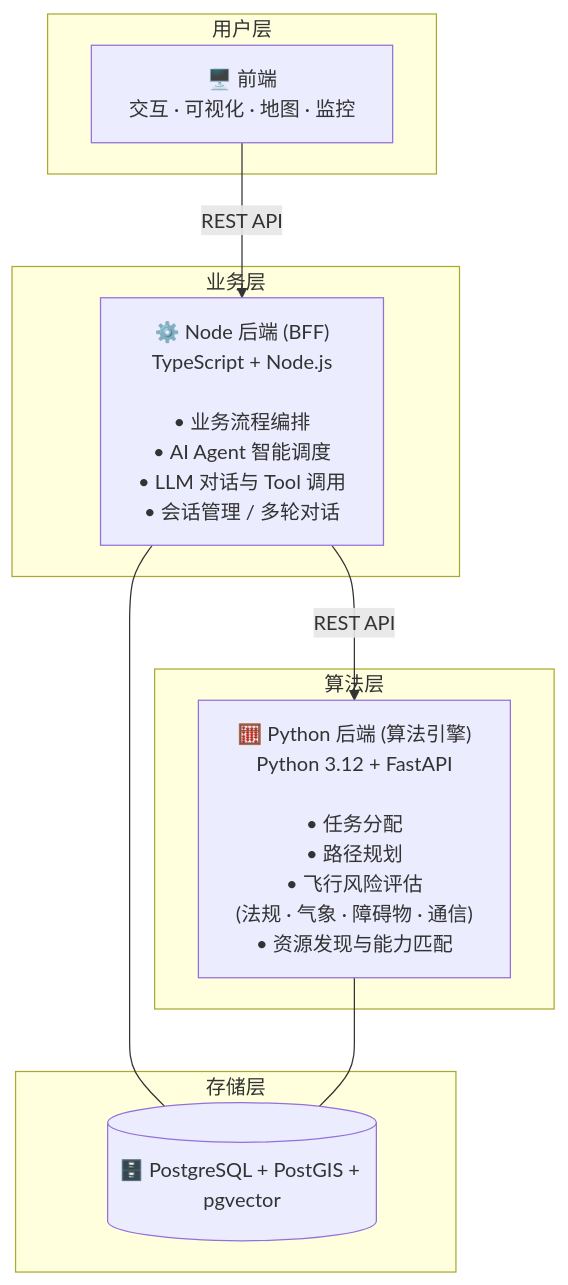
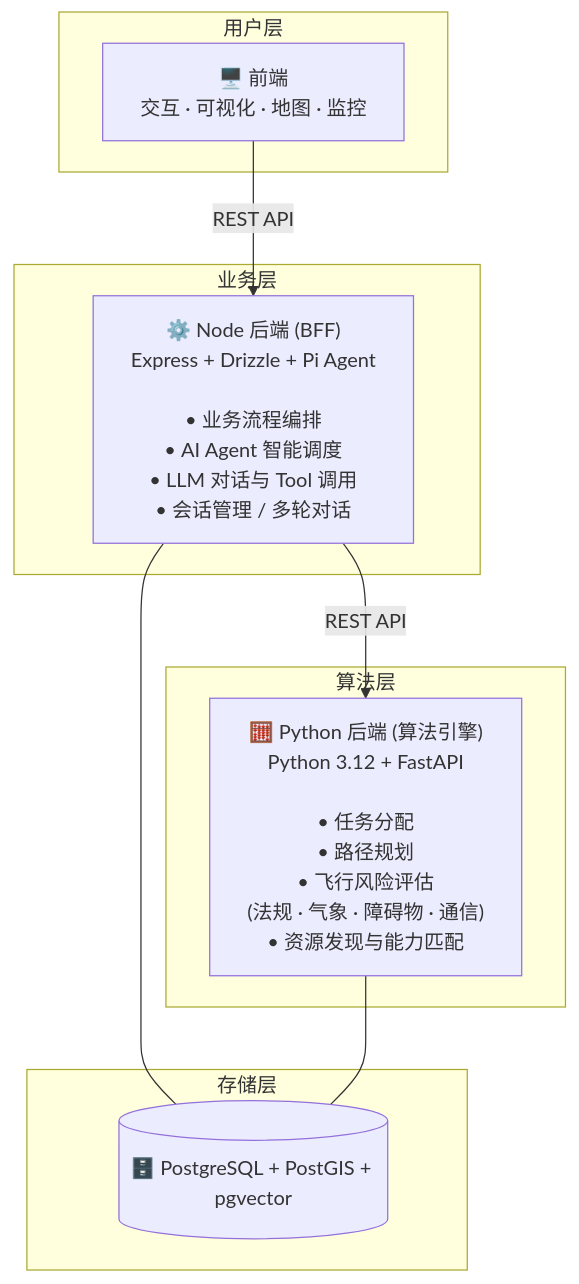
Before and after one commit to 909347194/ST-Risk-For-UAV: the first of 2 diagrams in README.md, drawn with Mermaid. The commit also changed other lines of this file and 3 other files, not shown here.

````diff
--- a/README.md
+++ b/README.md
@@ -24,23 +24,23 @@
 ```mermaid
 graph TB
     subgraph 用户层
         FE["🖥️ 前端<br/>交互 · 可视化 · 地图 · 监控"]
     end
 
     subgraph 业务层
-        NODE["⚙️ Node 后端 (BFF)<br/>TypeScript + Node.js<br/><br/>• 业务流程编排<br/>• AI Agent 智能调度<br/>• LLM 对话与 Tool 调用<br/>• 会话管理 / 多轮对话"]
+        NODE["⚙️ Node 后端 (BFF)<br/>Express + Drizzle + Pi Agent<br/><br/>• 业务流程编排<br/>• AI Agent 智能调度<br/>• LLM 对话与 Tool 调用<br/>• 会话管理 / 多轮对话"]
     end
 
     subgraph 算法层
         PY["🧮 Python 后端 (算法引擎)<br/>Python 3.12 + FastAPI<br/><br/>• 任务分配<br/>• 路径规划<br/>• 飞行风险评估<br/>(法规 · 气象 · 障碍物 · 通信)<br/>• 资源发现与能力匹配"]
     end
 
     subgraph 存储层
         DB[("🗄️ PostgreSQL + PostGIS + pgvector")]
     end
 
     FE -->|"REST API"| NODE
     NODE -->|"REST API"| PY
     NODE --- DB
     PY --- DB
 ```
````
